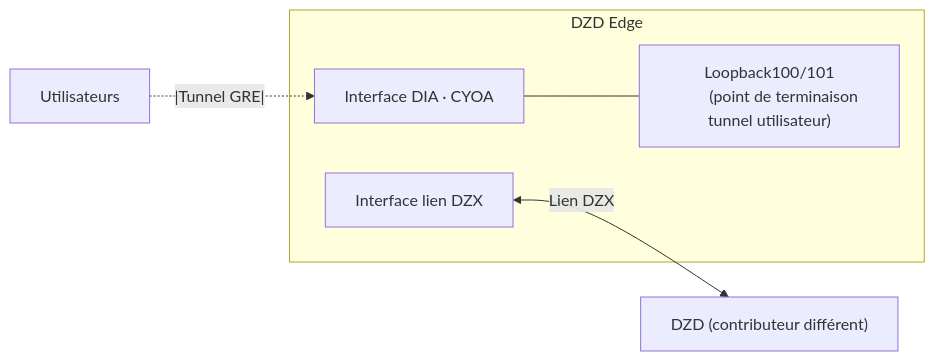
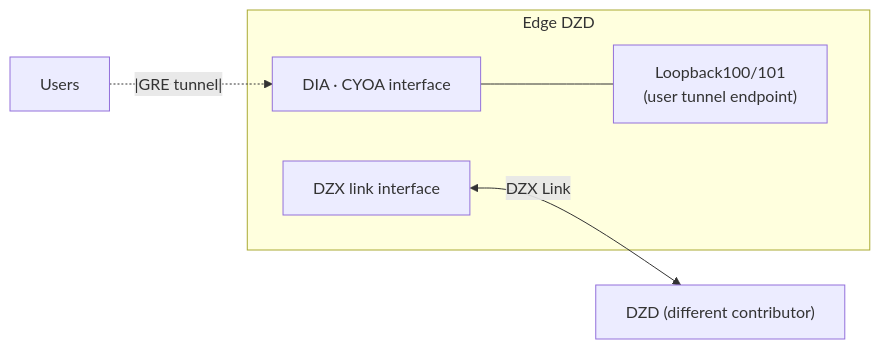
One commit to malbeclabs/docs changed the fifth of 10 diagrams in docs/contribute-provisioning.fr.md. Above: the diagram before and after it, drawn with Mermaid. The commit also changed other lines of this file and 27 other files, not shown here.

````diff
--- a/docs/contribute-provisioning.fr.md
+++ b/docs/contribute-provisioning.fr.md
@@ -320,12 +286,12 @@
 ```mermaid
 flowchart LR
-    subgraph EDZD[DZD Edge]
-        E_CYOA["Interface DIA · CYOA"]
+    subgraph EDZD[Edge DZD]
+        E_CYOA["DIA · CYOA interface"]
         E_TUN["Loopback100/101
-        (point de terminaison tunnel utilisateur)"]
-        E_DZX["Interface lien DZX"]
+        (user tunnel endpoint)"]
+        E_DZX["DZX link interface"]
         E_CYOA --- E_TUN
     end
-    EU["Utilisateurs"] -.|Tunnel GRE|.-> E_CYOA
-    E_DZX <-->|Lien DZX| ED["DZD (contributeur différent)"]
+    EU["Users"] -.|GRE tunnel|.-> E_CYOA
+    E_DZX <-->|DZX Link| ED["DZD (different contributor)"]
 ```
````
